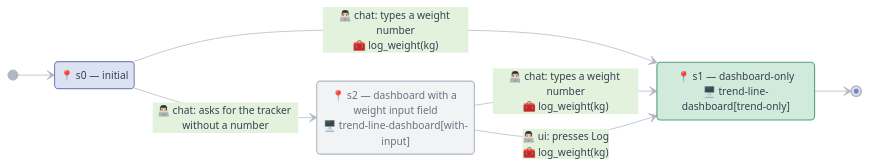
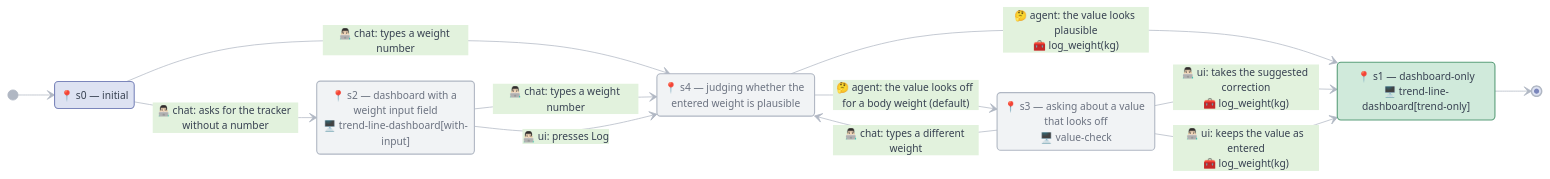
The diagram in agents/weight-tracker/README.md (hotnAny/maui), drawn with Mermaid before and after one commit. The commit also changed other lines of this file and 6 other files, not shown here.

````diff
--- a/agents/weight-tracker/README.md
+++ b/agents/weight-tracker/README.md
@@ -11,31 +11,38 @@
 ```mermaid
 %%{init: {'theme': 'base', 'themeVariables': {
   'primaryColor':       '#dde2f2',
   'primaryTextColor':   '#374151',
   'primaryBorderColor': '#7b86bb',
   'lineColor':          '#b0b7c3',
   'background':         '#fafafa',
   'fontSize':           '14px',
   'fontFamily':         'Helvetica'
 }}}%%
 stateDiagram-v2
     direction LR
     classDef primary fill:#dde2f2,stroke:#7b86bb,color:#374151,stroke-width:1.5px
     classDef success fill:#d0eadb,stroke:#5a9e7a,color:#374151,stroke-width:1.5px
     classDef neutral fill:#f1f3f5,stroke:#b0b7c3,color:#6b7280,stroke-width:1.5px
 
     state "📍 s0 — initial" as s0
     state "📍 s1 — dashboard-only<br/>🖥️ trend-line-dashboard[trend-only]" as s1
     state "📍 s2 — dashboard with a weight input field<br/>🖥️ trend-line-dashboard[with-input]" as s2
+    state "📍 s3 — asking about a value that looks off<br/>🖥️ value-check" as s3
+    state "📍 s4 — judging whether the entered weight is plausible" as s4
 
     [*] --> s0
-    s0 --> s1: 👨🏻‍💻 chat: types a weight number<br/>🧰 log_weight(kg)
     s0 --> s2: 👨🏻‍💻 chat: asks for the tracker without a number
-    s2 --> s1: 👨🏻‍💻 chat: types a weight number<br/>🧰 log_weight(kg)
-    s2 --> s1: 👨🏻‍💻 ui: presses Log<br/>🧰 log_weight(kg)
+    s0 --> s4: 👨🏻‍💻 chat: types a weight number
+    s2 --> s4: 👨🏻‍💻 chat: types a weight number
+    s2 --> s4: 👨🏻‍💻 ui: presses Log
+    s4 --> s1: 🤔 agent: the value looks plausible<br/>🧰 log_weight(kg)
+    s4 --> s3: 🤔 agent: the value looks off for a body weight (default)
+    s3 --> s4: 👨🏻‍💻 chat: types a different weight
+    s3 --> s1: 👨🏻‍💻 ui: takes the suggested correction<br/>🧰 log_weight(kg)
+    s3 --> s1: 👨🏻‍💻 ui: keeps the value as entered<br/>🧰 log_weight(kg)
     s1 --> [*]
 
     class s0 primary
     class s1 success
-    class s2 neutral
+    class s2,s3,s4 neutral
 ```
````
